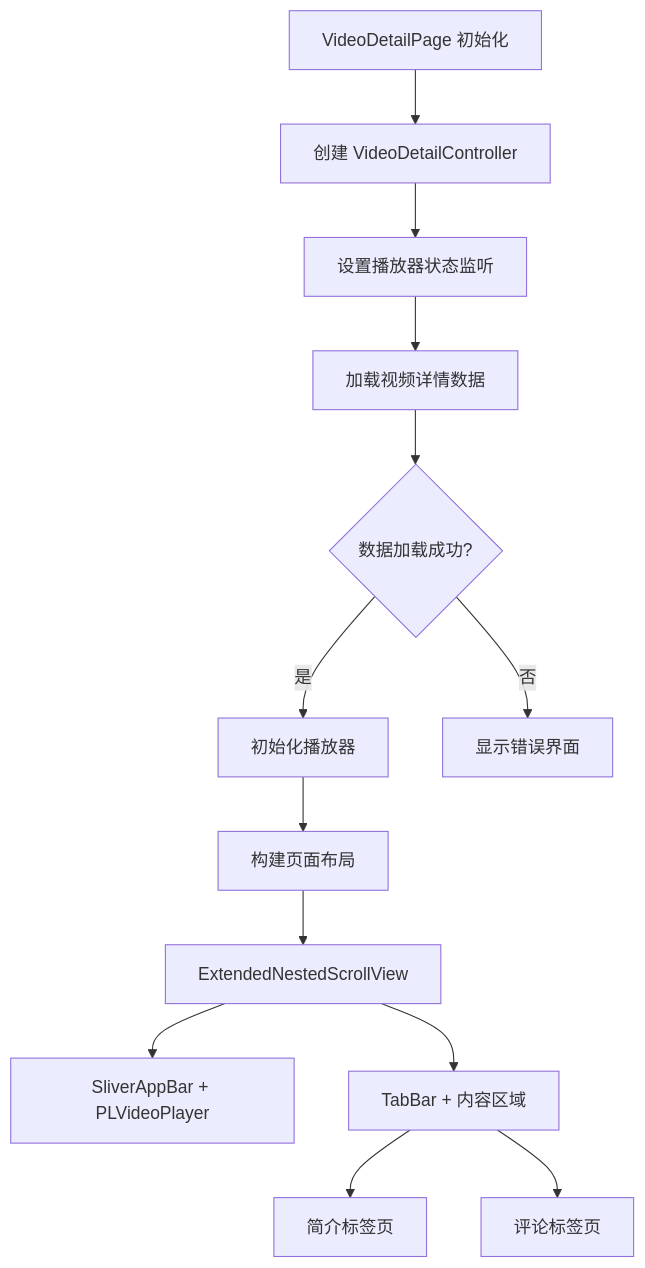
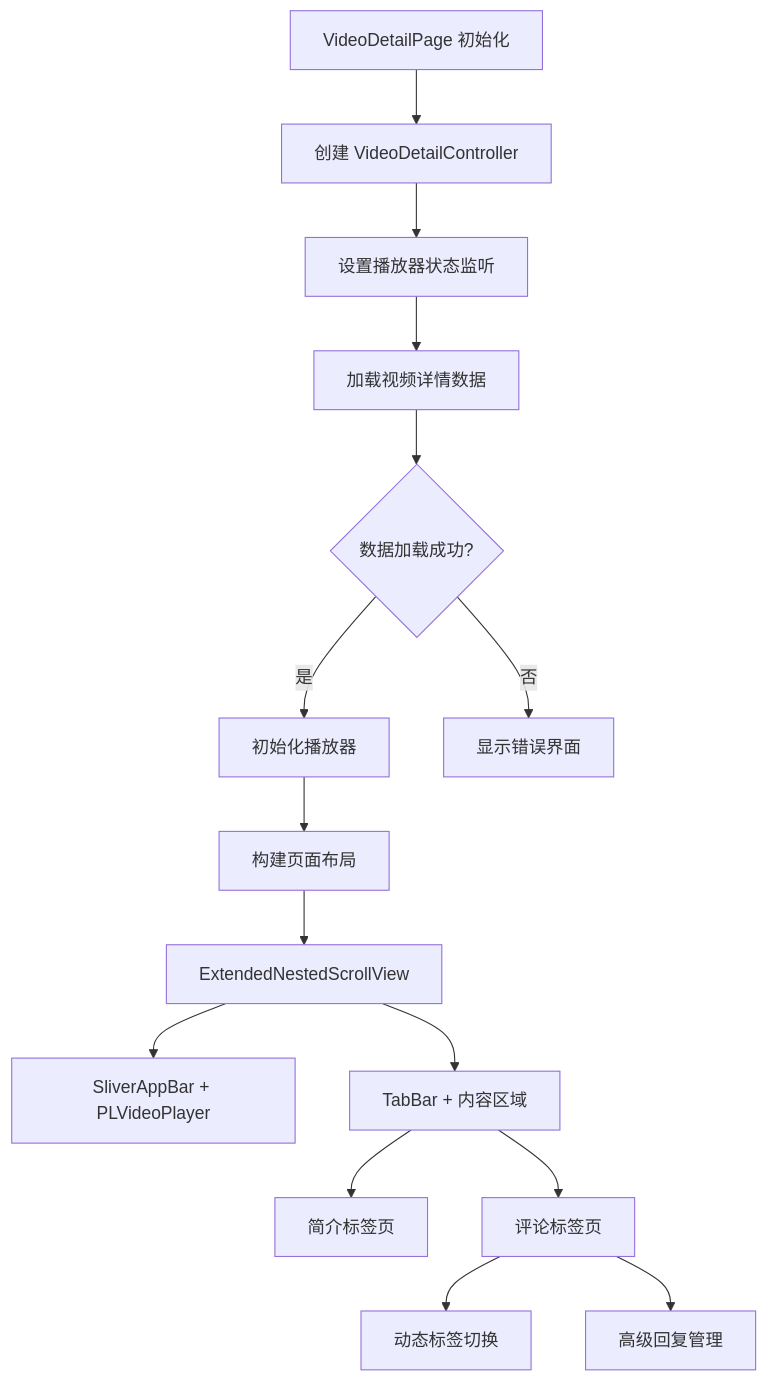
The third of 9 diagrams in .qoder/repowiki/zh/content/核心模块/功能模块/视频播放模块/视频播放模块.md (justLXX/pilipala), drawn with Mermaid before and after one commit. The commit also changed other lines of this file and 194 other files, not shown here.

````diff
--- a/.qoder/repowiki/zh/content/核心模块/功能模块/视频播放模块/视频播放模块.md
+++ b/.qoder/repowiki/zh/content/核心模块/功能模块/视频播放模块/视频播放模块.md
@@ -167,15 +223,17 @@
 ```mermaid
 flowchart TD
 A[VideoDetailPage 初始化] --> B[创建 VideoDetailController]
 B --> C[设置播放器状态监听]
 C --> D[加载视频详情数据]
 D --> E{数据加载成功?}
 E --> |是| F[初始化播放器]
 E --> |否| G[显示错误界面]
 F --> H[构建页面布局]
 H --> I[ExtendedNestedScrollView]
 I --> J[SliverAppBar + PLVideoPlayer]
 I --> K[TabBar + 内容区域]
 K --> L[简介标签页]
 K --> M[评论标签页]
+M --> N[动态标签切换]
+M --> O[高级回复管理]
 ```
````
